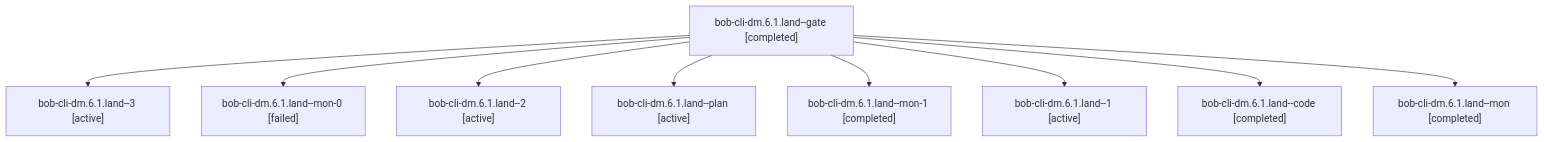
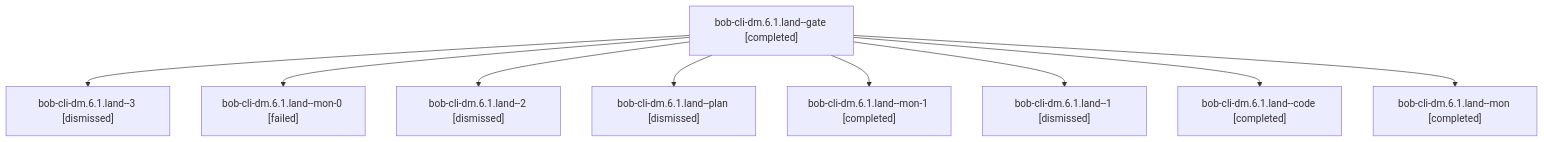
The diagram in sessions/bbugyi200.apollo.bob-cli-dm.6.1.land.md (bobs-org/bob-cli--agents), drawn with Mermaid before and after one commit. The commit also changed other lines of this file and 222 other files, not shown here.

````diff
--- a/sessions/bbugyi200.apollo.bob-cli-dm.6.1.land.md
+++ b/sessions/bbugyi200.apollo.bob-cli-dm.6.1.land.md
@@ -9,20 +9,20 @@
 ```mermaid
 flowchart TD
   n0["bob-cli-dm.6.1.land--gate [completed]"]
-  n1["bob-cli-dm.6.1.land--3 [active]"]
+  n1["bob-cli-dm.6.1.land--3 [dismissed]"]
   n0 --> n1
   n2["bob-cli-dm.6.1.land--mon-0 [failed]"]
   n0 --> n2
-  n3["bob-cli-dm.6.1.land--2 [active]"]
+  n3["bob-cli-dm.6.1.land--2 [dismissed]"]
   n0 --> n3
-  n4["bob-cli-dm.6.1.land--plan [active]"]
+  n4["bob-cli-dm.6.1.land--plan [dismissed]"]
   n0 --> n4
   n5["bob-cli-dm.6.1.land--mon-1 [completed]"]
   n0 --> n5
-  n6["bob-cli-dm.6.1.land--1 [active]"]
+  n6["bob-cli-dm.6.1.land--1 [dismissed]"]
   n0 --> n6
   n7["bob-cli-dm.6.1.land--code [completed]"]
   n0 --> n7
   n8["bob-cli-dm.6.1.land--mon [completed]"]
   n0 --> n8
 ```
````
